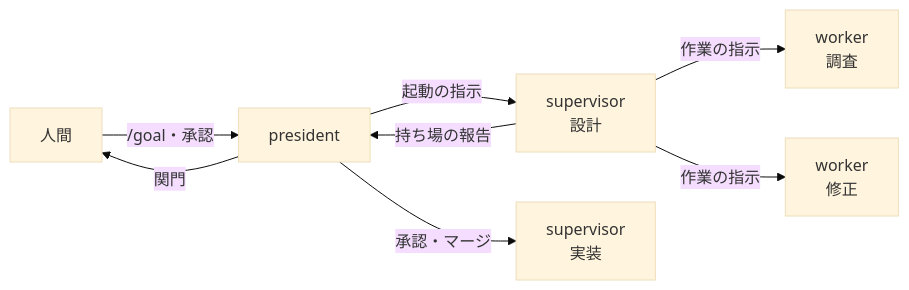
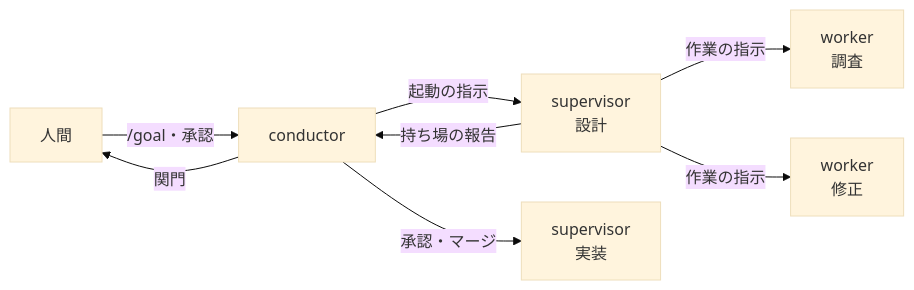
Before and after one commit to devbasex/ai-plugins: the first of 6 diagrams in issues/issue-550-657-design.md, drawn with Mermaid (base theme). The commit also changed other lines of this file and 2 other files, not shown here.

First line of the commit message:
Docs: 最上位の層の名前を president から conductor にする（#550 #657）

````diff
--- a/issues/issue-550-657-design.md
+++ b/issues/issue-550-657-design.md
@@ -10,10 +10,10 @@
 ```mermaid
 graph LR
-    H[人間] -->|/goal・承認| P[president]
+    H[人間] -->|/goal・承認| P[conductor]
     P -->|起動の指示| S1[supervisor<br/>設計]
     S1 -->|作業の指示| W1[worker<br/>調査]
     S1 -->|作業の指示| W2[worker<br/>修正]
     S1 -->|持ち場の報告| P
     P -->|承認・マージ| S2[supervisor<br/>実装]
     P -->|関門| H
 ```
````
